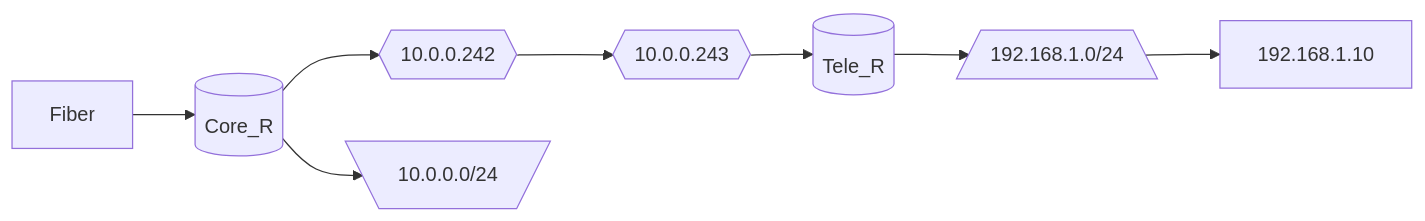
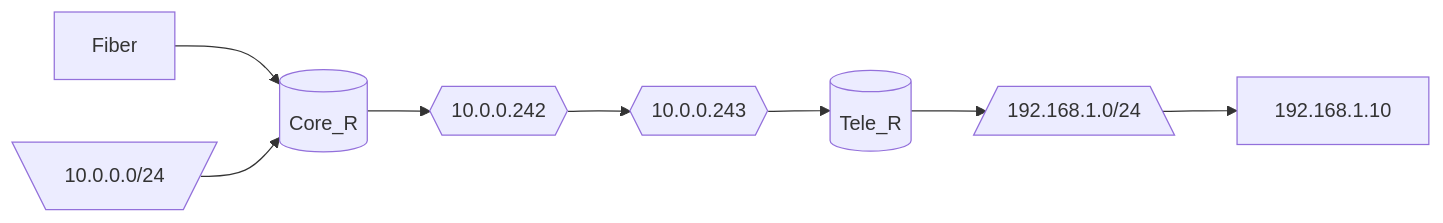
The second of 2 diagrams in Topology.md (notkasim/DOCS), drawn with Mermaid before and after one commit.

````diff
--- a/Topology.md
+++ b/Topology.md
@@ -19,22 +19,22 @@
 ```mermaid
 graph LR;
     core[(Core_R)]
     tele2[(Tele_R)]
     core_link{{10.0.0.242}}
     tele2_link{{10.0.0.243}}
     core_net[\10.0.0.0/24/]
     tele2_net[/192.168.1.0/24\]
 
     Fiber-->core;
-    core-->core_net;
+    core_net-->core;
     core-->core_link;
     core_link-->tele2_link;
     tele2_link-->tele2;
     tele2-->tele2_net-->192.168.1.10;
 
 
 
 
 
 
 ```
````
